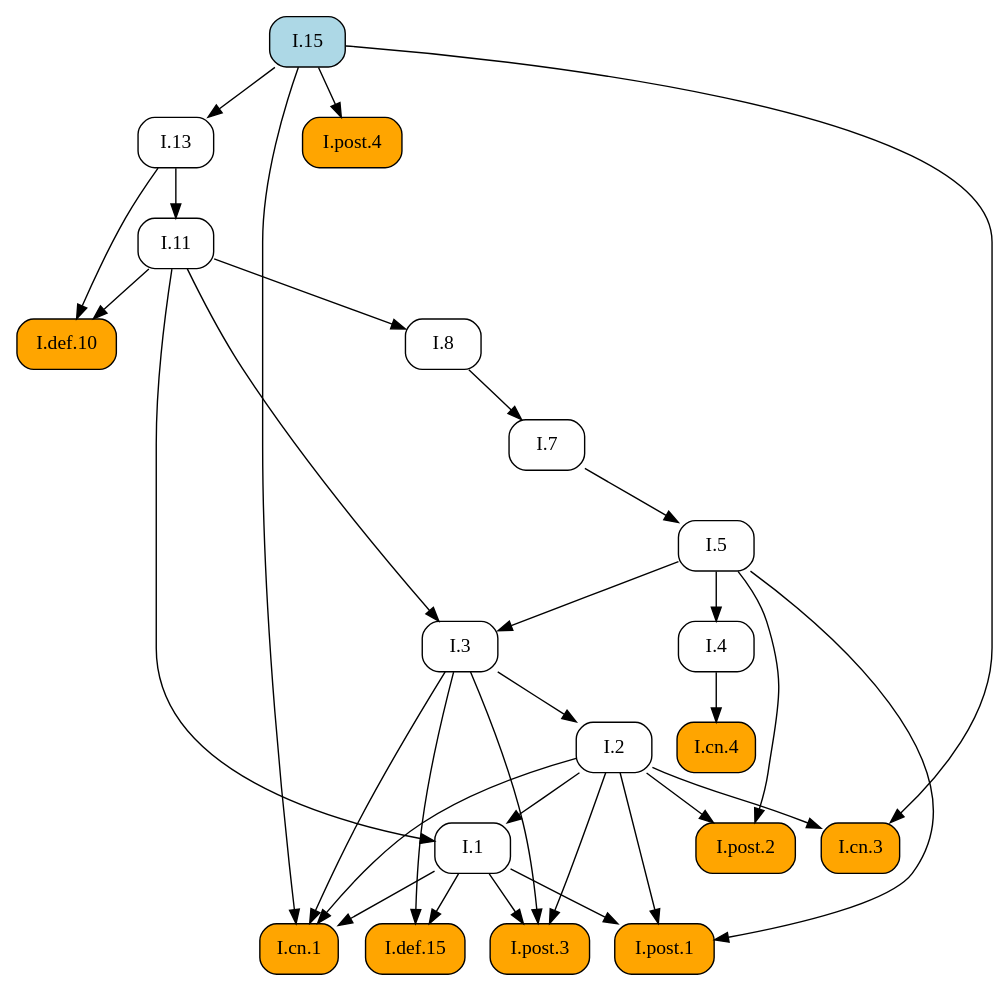
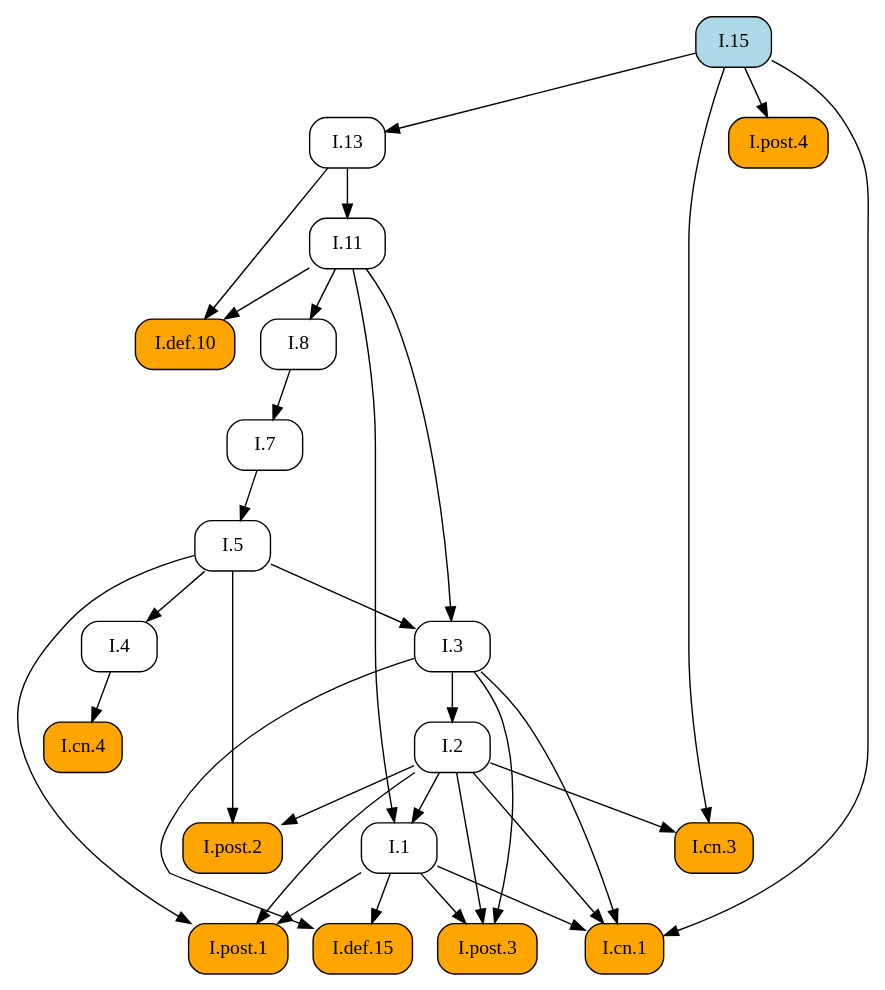
One commit to geometor/elements changed the diagram in docsrc/heath/I/15/index.rst. Above: the diagram before and after it, drawn with Graphviz. The commit also changed other lines of this file and 484 other files, not shown here.

```diff
--- a/docsrc/heath/I/15/index.rst
+++ b/docsrc/heath/I/15/index.rst
@@ -72,56 +76,56 @@
 .. graphviz::
 
    digraph {
      rankdir="TB";
      node [shape=box, style=rounded];
+     "I.cn.1" [style="rounded,filled", fillcolor=orange, URL="/heath/I/cn.1/", target="_top"];
+     "I.7" [URL="/heath/I/7/", target="_top"];
+     "I.2" [URL="/heath/I/2/", target="_top"];
+     "I.def.15" [style="rounded,filled", fillcolor=orange, URL="/heath/I/def.15/", target="_top"];
+     "I.13" [URL="/heath/I/13/", target="_top"];
+     "I.post.4" [style="rounded,filled", fillcolor=orange, URL="/heath/I/post.4/", target="_top"];
+     "I.4" [URL="/heath/I/4/", target="_top"];
+     "I.1" [URL="/heath/I/1/", target="_top"];
+     "I.post.3" [style="rounded,filled", fillcolor=orange, URL="/heath/I/post.3/", target="_top"];
+     "I.post.1" [style="rounded,filled", fillcolor=orange, URL="/heath/I/post.1/", target="_top"];
+     "I.8" [URL="/heath/I/8/", target="_top"];
+     "I.5" [URL="/heath/I/5/", target="_top"];
+     "I.cn.3" [style="rounded,filled", fillcolor=orange, URL="/heath/I/cn.3/", target="_top"];
      "I.def.10" [style="rounded,filled", fillcolor=orange, URL="/heath/I/def.10/", target="_top"];
+     "I.15" [style="rounded,filled", fillcolor=lightblue, URL="/heath/I/15/", target="_top"];
      "I.11" [URL="/heath/I/11/", target="_top"];
-     "I.post.4" [style="rounded,filled", fillcolor=orange, URL="/heath/I/post.4/", target="_top"];
-     "I.1" [URL="/heath/I/1/", target="_top"];
-     "I.7" [URL="/heath/I/7/", target="_top"];
+     "I.cn.4" [style="rounded,filled", fillcolor=orange, URL="/heath/I/cn.4/", target="_top"];
+     "I.post.2" [style="rounded,filled", fillcolor=orange, URL="/heath/I/post.2/", target="_top"];
      "I.3" [URL="/heath/I/3/", target="_top"];
-     "I.2" [URL="/heath/I/2/", target="_top"];
-     "I.4" [URL="/heath/I/4/", target="_top"];
-     "I.13" [URL="/heath/I/13/", target="_top"];
-     "I.post.2" [style="rounded,filled", fillcolor=orange, URL="/heath/I/post.2/", target="_top"];
-     "I.def.15" [style="rounded,filled", fillcolor=orange, URL="/heath/I/def.15/", target="_top"];
-     "I.post.3" [style="rounded,filled", fillcolor=orange, URL="/heath/I/post.3/", target="_top"];
-     "I.cn.1" [style="rounded,filled", fillcolor=orange, URL="/heath/I/cn.1/", target="_top"];
-     "I.cn.3" [style="rounded,filled", fillcolor=orange, URL="/heath/I/cn.3/", target="_top"];
-     "I.8" [URL="/heath/I/8/", target="_top"];
-     "I.cn.4" [style="rounded,filled", fillcolor=orange, URL="/heath/I/cn.4/", target="_top"];
-     "I.15" [style="rounded,filled", fillcolor=lightblue, URL="/heath/I/15/", target="_top"];
-     "I.post.1" [style="rounded,filled", fillcolor=orange, URL="/heath/I/post.1/", target="_top"];
-     "I.5" [URL="/heath/I/5/", target="_top"];
-     "I.11" -> "I.def.10";
-     "I.13" -> "I.def.10";
-     "I.13" -> "I.11";
-     "I.15" -> "I.post.4";
-     "I.2" -> "I.1";
-     "I.11" -> "I.1";
-     "I.8" -> "I.7";
-     "I.5" -> "I.3";
-     "I.11" -> "I.3";
-     "I.3" -> "I.2";
-     "I.5" -> "I.4";
-     "I.15" -> "I.13";
-     "I.2" -> "I.post.2";
-     "I.5" -> "I.post.2";
-     "I.1" -> "I.def.15";
-     "I.3" -> "I.def.15";
-     "I.1" -> "I.post.3";
-     "I.2" -> "I.post.3";
-     "I.3" -> "I.post.3";
      "I.1" -> "I.cn.1";
      "I.2" -> "I.cn.1";
      "I.3" -> "I.cn.1";
      "I.15" -> "I.cn.1";
-     "I.2" -> "I.cn.3";
-     "I.15" -> "I.cn.3";
-     "I.11" -> "I.8";
-     "I.4" -> "I.cn.4";
+     "I.8" -> "I.7";
+     "I.3" -> "I.2";
+     "I.1" -> "I.def.15";
+     "I.3" -> "I.def.15";
+     "I.15" -> "I.13";
+     "I.15" -> "I.post.4";
+     "I.5" -> "I.4";
+     "I.2" -> "I.1";
+     "I.11" -> "I.1";
+     "I.1" -> "I.post.3";
+     "I.2" -> "I.post.3";
+     "I.3" -> "I.post.3";
      "I.1" -> "I.post.1";
      "I.2" -> "I.post.1";
      "I.5" -> "I.post.1";
+     "I.11" -> "I.8";
      "I.7" -> "I.5";
+     "I.2" -> "I.cn.3";
+     "I.15" -> "I.cn.3";
+     "I.11" -> "I.def.10";
+     "I.13" -> "I.def.10";
+     "I.13" -> "I.11";
+     "I.4" -> "I.cn.4";
+     "I.2" -> "I.post.2";
+     "I.5" -> "I.post.2";
+     "I.5" -> "I.3";
+     "I.11" -> "I.3";
    }
```
